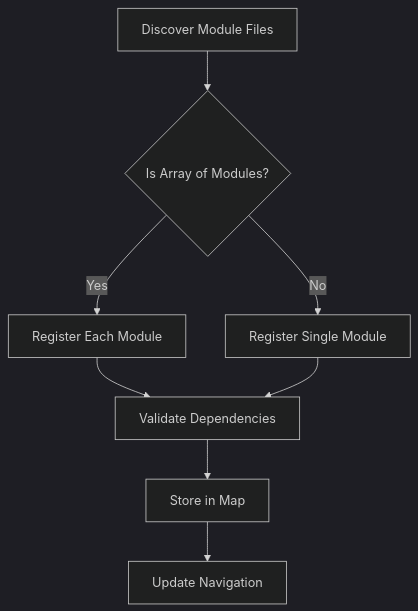
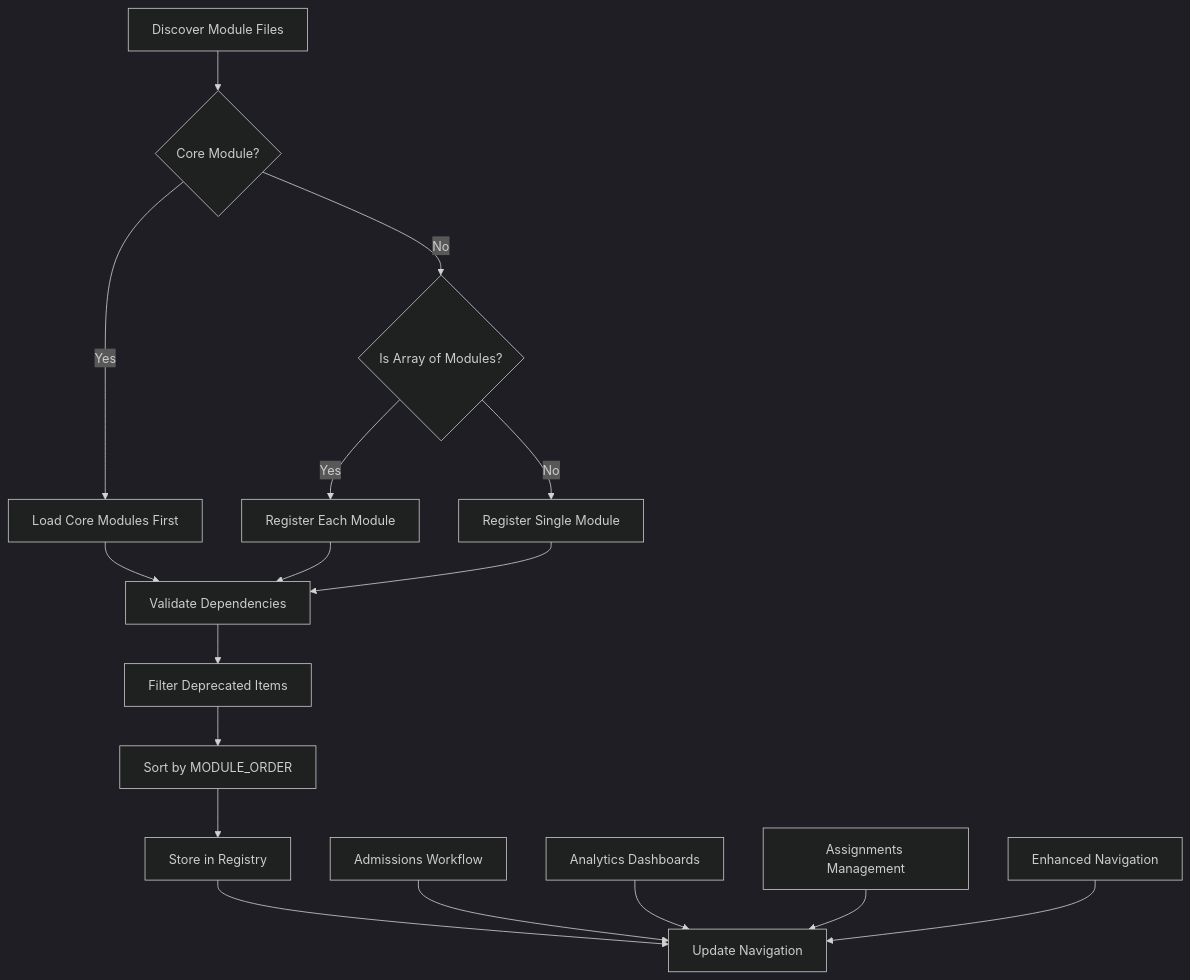
Before and after one commit to geniusdynamics/schoolpilot: the fourth of 8 diagrams in .qoder/repowiki/en/content/Architecture Overview/Modular Architecture/Module System Overview/Dynamic Module Loading.md, drawn with Mermaid (dark theme). The commit also changed other lines of this file and 760 other files, not shown here.

````diff
--- a/.qoder/repowiki/en/content/Architecture Overview/Modular Architecture/Module System Overview/Dynamic Module Loading.md
+++ b/.qoder/repowiki/en/content/Architecture Overview/Modular Architecture/Module System Overview/Dynamic Module Loading.md
@@ -124,10 +314,19 @@
 ```mermaid
 flowchart TD
-A[Discover Module Files] --> B{Is Array of Modules?}
-B --> |Yes| C[Register Each Module]
-B --> |No| D[Register Single Module]
-C --> E[Validate Dependencies]
-D --> E
-E --> F[Store in Map]
-F --> G[Update Navigation]
+A[Discover Module Files] --> B{Core Module?}
+B --> |Yes| C[Load Core Modules First]
+B --> |No| D{Is Array of Modules?}
+D --> |Yes| E[Register Each Module]
+D --> |No| F[Register Single Module]
+C --> G[Validate Dependencies]
+E --> G
+F --> G
+G --> H[Filter Deprecated Items]
+H --> I[Sort by MODULE_ORDER]
+I --> J[Store in Registry]
+J --> K[Update Navigation]
+L[Admissions Workflow] --> K
+M[Analytics Dashboards] --> K
+N[Assignments Management] --> K
+O[Enhanced Navigation] --> K
 ```
````
